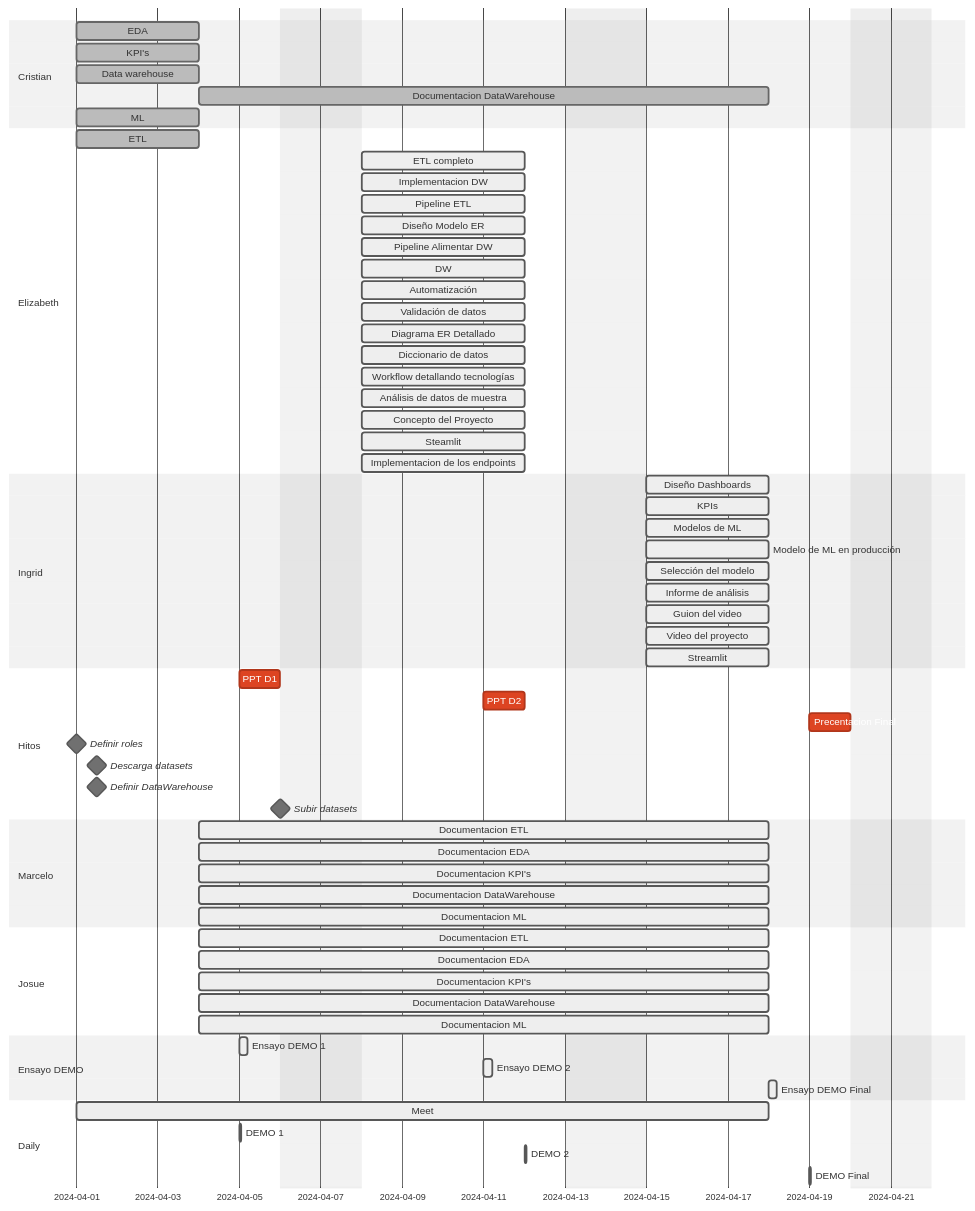
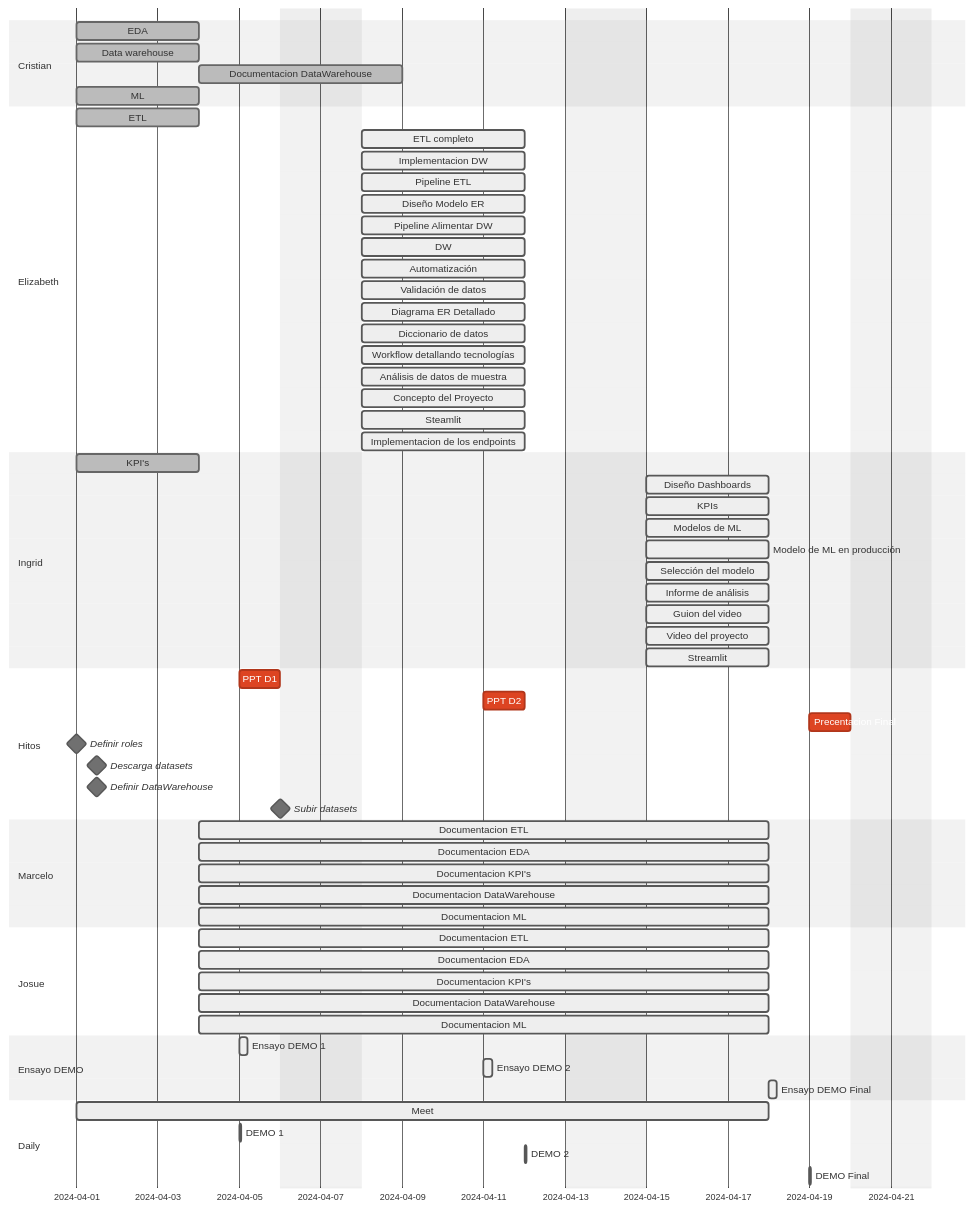
The diagram in Documentacion/Gantt.md (marceloyuba/SDT), drawn with Mermaid (neutral theme) before and after one commit.

````diff
--- a/Documentacion/Gantt.md
+++ b/Documentacion/Gantt.md
@@ -2,80 +2,81 @@
 ```mermaid
 gantt
    
     dateFormat  YYYY-MM-DD
     excludes     saturday sunday
     %% (`excludes` accepts specific dates in YYYY-MM-DD format, days of the week ("sunday") or "weekends", but not the word "weekdays".)
 
     section Cristian
     
     EDA                       :done,  des2, 2024-04-01, 3d
-    KPI's                     :done,   des3,  2024-04-01, 3d
+    
     Data warehouse            :done,   des4, 2024-04-01, 3d
-    Documentacion DataWarehouse       :done, a1, after des4, 10d
+    Documentacion DataWarehouse       :done, a1, after des4, 3d
     ML                        :done, des5, 2024-04-01, 3d               
 
     section Elizabeth
 
     ETL                       :done,    des1, 2024-04-01, 3d 
     ETL completo               :active,    des6, 2024-04-08, 4d
     Implementacion DW         :active,    des7, 2024-04-08, 4d
     Pipeline ETL               :active,    des8, 2024-04-08, 4d
     Diseño Modelo ER           :active,    des8, 2024-04-08, 4d 
     Pipeline Alimentar DW       :active,    des9, 2024-04-08, 4d
     DW                          :active,    des10, 2024-04-08, 4d
     Automatización             :active,    des11, 2024-04-08, 4d
     Validación de datos         :active,    des12, 2024-04-08, 4d
     Diagrama ER Detallado       :active,    des13, 2024-04-08, 4d
     Diccionario de datos        :active,    des14, 2024-04-08, 4d
     Workflow detallando tecnologías :active,    des15, 2024-04-08, 4d
     Análisis de datos de muestra   :active,    des16, 2024-04-08, 4d
     Concepto del Proyecto         :active,    des17, 2024-04-08, 4d
     Steamlit                     :active,    des18, 2024-04-08, 4d
     Implementacion de los endpoints     :active,    des19, 2024-04-08, 4d
 
-    section Ingrid          
+    section Ingrid
+    KPI's                     :done,   des3,  2024-04-01, 3d
     Diseño Dashboards              :active,    des20, 2024-04-15, 3d
     KPIs                           :active,    des21, 2024-04-15, 3d
     Modelos de ML                   :active,    des22, 2024-04-15, 3d
     Modelo de ML en producción      :active,    des23, 2024-04-15, 3d
     Selección del modelo         :active,    des24, 2024-04-15, 3d
     Informe de análisis               :active,    des25, 2024-04-15, 3d
     Guion del video                  :active,    des26, 2024-04-15, 3d
     Video del proyecto              :active,    des27, 2024-04-15, 3d
     Streamlit                       :active, des28, 2024-04-15, 3d
 
     section Hitos
     PPT D1                              :crit,  2024-04-05,24h
     PPT D2                              :crit,  2024-04-11,24h
     Precentacion Final                          :crit,  2024-04-19,24h
     Definir roles                       :milestone, isadded, 2024-04-01, 0d
     Descarga datasets                   :milestone, isadded, 2024-04-01, 24h
     Definir DataWarehouse               :milestone,isadded, 2024-04-01, 24h
     Subir datasets                      :milestone,isadded 2024-04-04, 2d
 
     section Marcelo
     Documentacion ETL               :active, a1, after des1, 10d
     Documentacion EDA              :active, a1, after des1, 10d
     Documentacion KPI's              :active, a1, after des1, 10d
     Documentacion DataWarehouse       :active, a1, after des1, 10d
     Documentacion ML                   :active, a1, after des1, 10d
 
    section Josue
     Documentacion ETL               :active, a1, after des1, 10d
     Documentacion EDA              :active, a1, after des1, 10d
     Documentacion KPI's              :active, a1, after des1, 10d
     Documentacion DataWarehouse       :active, a1, after des1, 10d
     Documentacion ML                   :active, a1, after des1, 10d
 
     section Ensayo DEMO
     Ensayo DEMO 1                       :active, 2024-04-05, 5h
     Ensayo DEMO 2                       :active, 2024-04-11, 5h
     Ensayo DEMO Final                  :active, 2024-04-18, 5h
 
     section Daily
     Meet                               :active,a2, 2024-04-01, 2024-04-18
     DEMO 1                             :active, 2024-04-05, 1h
     DEMO 2                             :active, 2024-04-12, 1h
     DEMO Final                             :active, 2024-04-19, 1h
    
 ```
````
